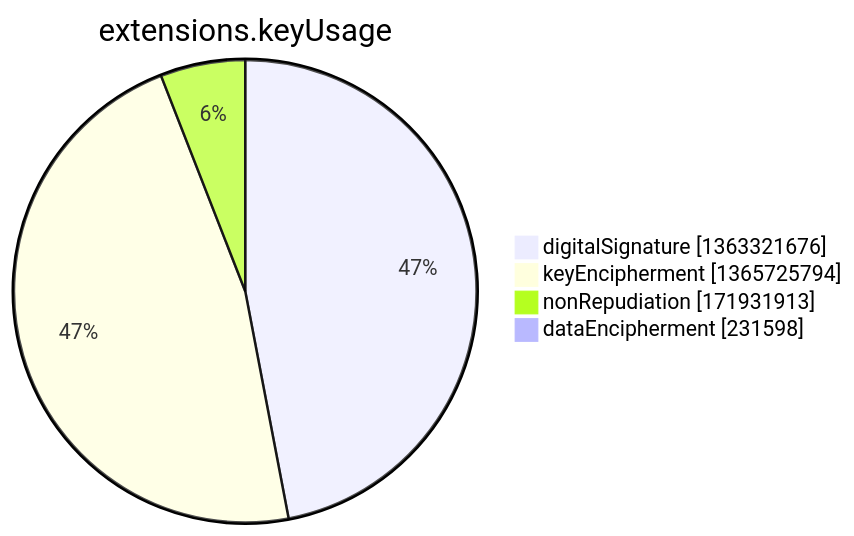
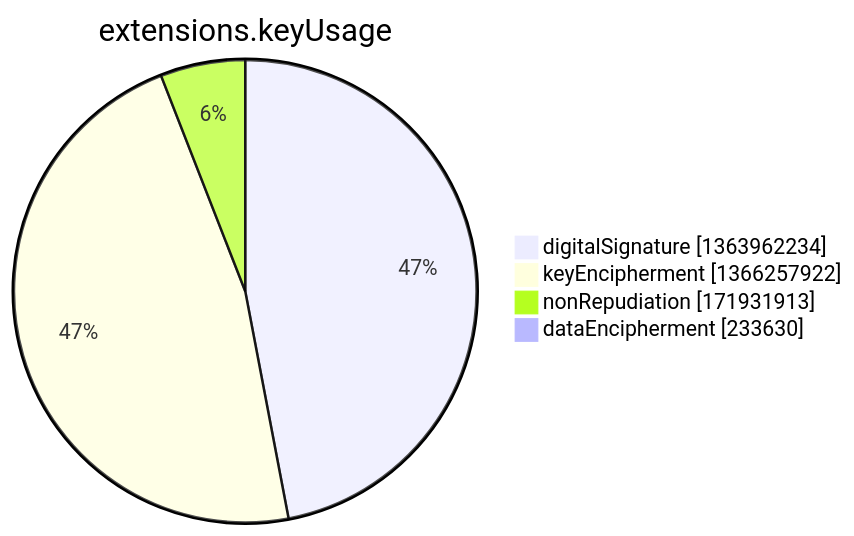
Before and after one commit to christiankrug/ctmonitor_visualization: the seventh of 15 diagrams in argon2022/README.md, drawn with Mermaid. The commit also changed other lines of this file, not shown here.

````diff
--- a/argon2022/README.md
+++ b/argon2022/README.md
@@ -2751,8 +2751,8 @@
 ```mermaid
 pie showData
 title extensions.keyUsage
-"digitalSignature" :1363321676
-"keyEncipherment" :1365725794
+"digitalSignature" :1363962234
+"keyEncipherment" :1366257922
 "nonRepudiation" :171931913
-"dataEncipherment" :231598
+"dataEncipherment" :233630
 ```
````
